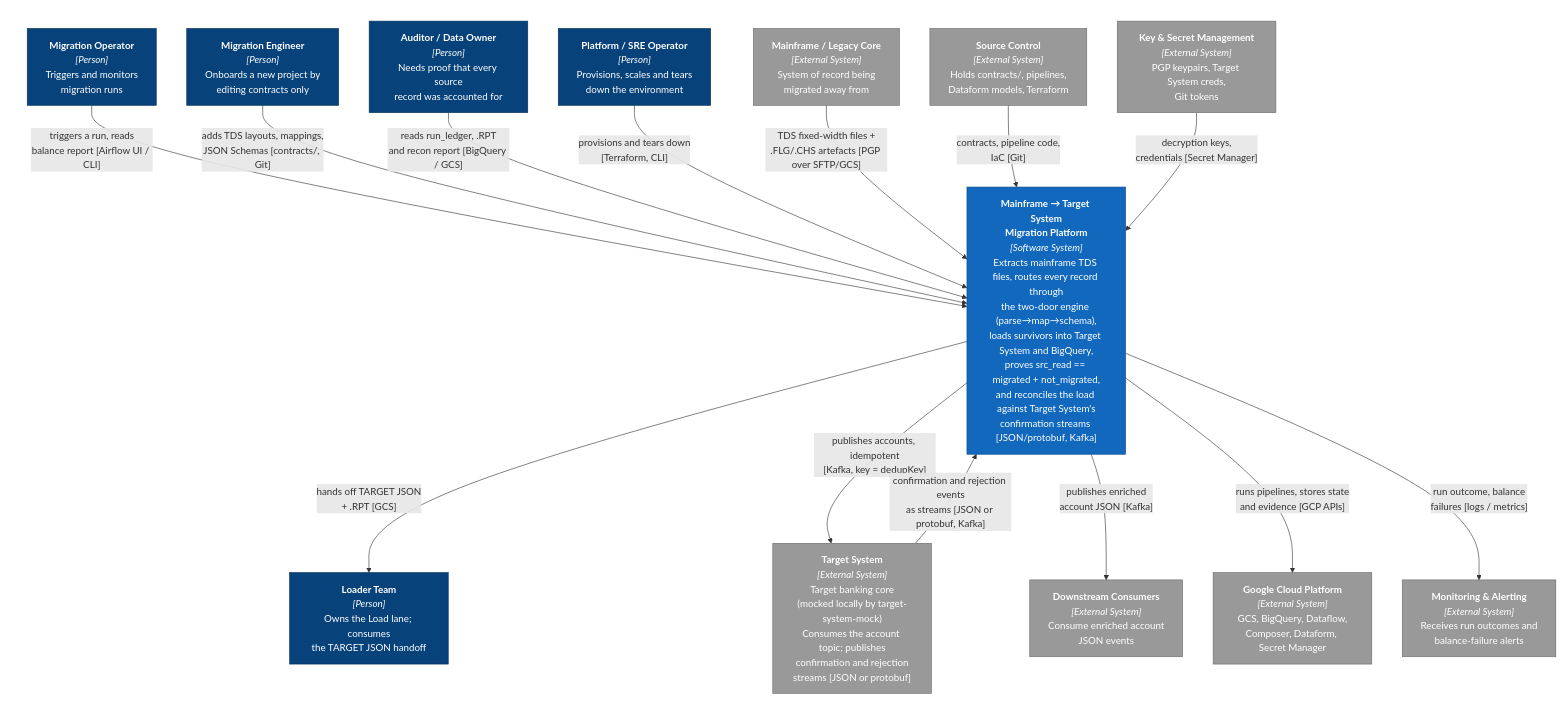
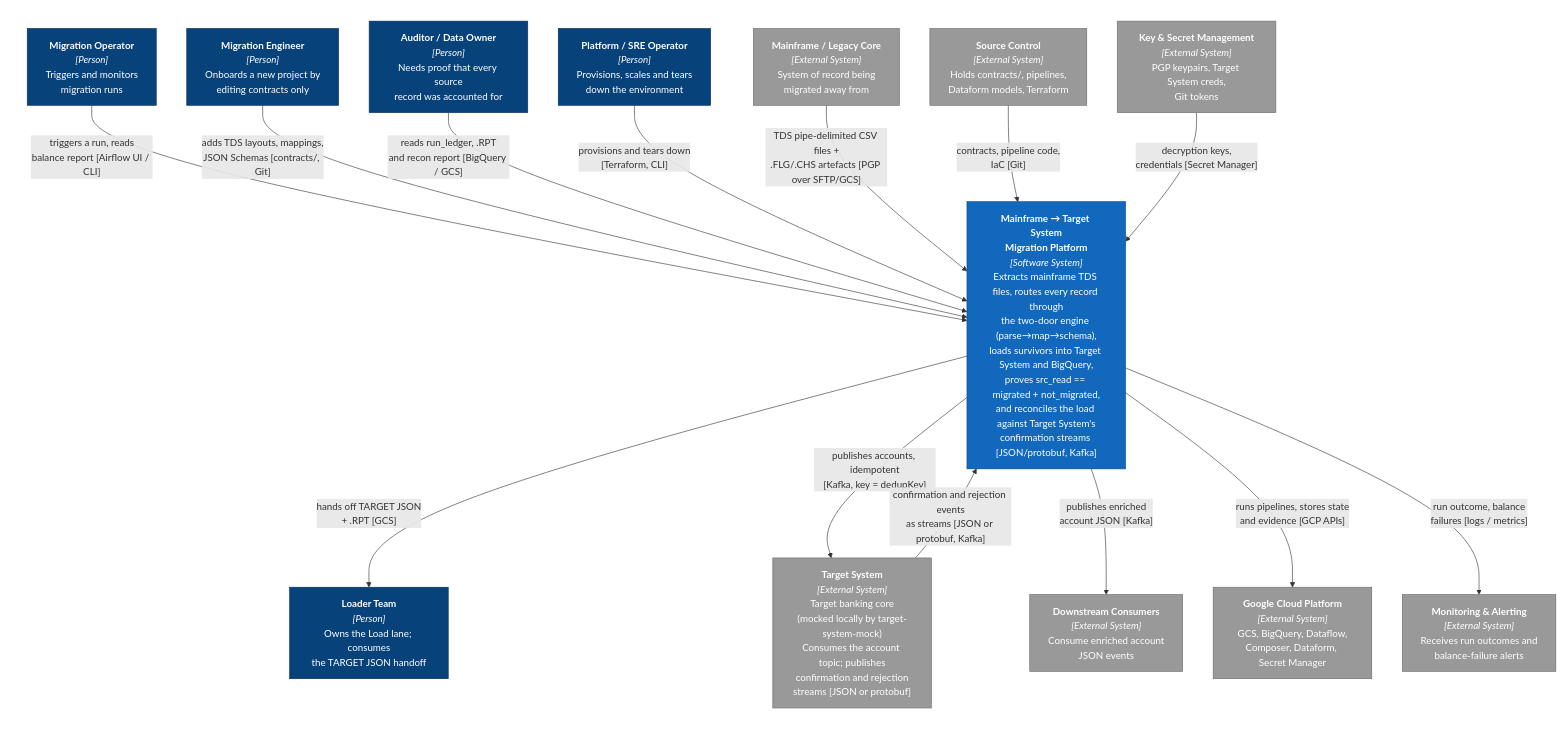
Before and after one commit to adrian-balaban/test-gcp-dataflow-dataform-cloud-composer: the third of 9 diagrams in README.md, drawn with Mermaid. The commit also changed other lines of this file and 45 other files, not shown here.

First line of the commit message:
feat: switch source input to pipe-delimited CSV, drop the copybook path

````diff
--- a/README.md
+++ b/README.md
@@ -58,43 +58,43 @@
 ```mermaid
 graph TB
     subgraph people[" "]
         MO["<b>Migration Operator</b><br/><i>[Person]</i><br/>Triggers and monitors<br/>migration runs"]
         AUD["<b>Auditor / Data Owner</b><br/><i>[Person]</i><br/>Needs proof that every source<br/>record was accounted for"]
         ENG["<b>Migration Engineer</b><br/><i>[Person]</i><br/>Onboards a new project by<br/>editing contracts only"]
         SRE["<b>Platform / SRE Operator</b><br/><i>[Person]</i><br/>Provisions, scales and tears<br/>down the environment"]
         LDT["<b>Loader Team</b><br/><i>[Person]</i><br/>Owns the Load lane; consumes<br/>the TARGET JSON handoff"]
     end
 
     SYS["<b>Mainframe → Target System<br/>Migration Platform</b><br/><i>[Software System]</i><br/>Extracts mainframe TDS files, routes every record through<br/>the two-door engine (parse→map→schema),<br/>loads survivors into Target System and BigQuery,<br/>proves src_read == migrated + not_migrated,<br/>and reconciles the load against Target System's<br/>confirmation streams [JSON/protobuf, Kafka]"]
 
     MF["<b>Mainframe / Legacy Core</b><br/><i>[External System]</i><br/>System of record being<br/>migrated away from"]
     VC["<b>Target System</b><br/><i>[External System]</i><br/>Target banking core<br/>(mocked locally by target-system-mock)<br/>Consumes the account topic; publishes<br/>confirmation and rejection<br/>streams [JSON or protobuf]"]
     DS["<b>Downstream Consumers</b><br/><i>[External System]</i><br/>Consume enriched account<br/>JSON events"]
     PLAT["<b>Google Cloud Platform</b><br/><i>[External System]</i><br/>GCS, BigQuery, Dataflow,<br/>Composer, Dataform, Secret Manager"]
     SCM["<b>Source Control</b><br/><i>[External System]</i><br/>Holds contracts/, pipelines,<br/>Dataform models, Terraform"]
     KMS["<b>Key &amp; Secret Management</b><br/><i>[External System]</i><br/>PGP keypairs, Target System creds,<br/>Git tokens"]
     MON["<b>Monitoring &amp; Alerting</b><br/><i>[External System]</i><br/>Receives run outcomes and<br/>balance-failure alerts"]
 
     MO -->|"triggers a run, reads<br/>balance report [Airflow UI / CLI]"| SYS
     ENG -->|"adds TDS layouts, mappings,<br/>JSON Schemas [contracts/, Git]"| SYS
     AUD -->|"reads run_ledger, .RPT<br/>and recon report [BigQuery / GCS]"| SYS
     SRE -->|"provisions and tears down<br/>[Terraform, CLI]"| SYS
     SYS -->|"hands off TARGET JSON<br/>+ .RPT [GCS]"| LDT
 
-    MF -->|"TDS fixed-width files +<br/>.FLG/.CHS artefacts [PGP over SFTP/GCS]"| SYS
+    MF -->|"TDS pipe-delimited CSV files +<br/>.FLG/.CHS artefacts [PGP over SFTP/GCS]"| SYS
     SYS -->|"publishes accounts, idempotent<br/>[Kafka, key = dedupKey]"| VC
     VC -->|"confirmation and rejection events<br/>as streams [JSON or protobuf, Kafka]"| SYS
     SYS -->|"publishes enriched<br/>account JSON [Kafka]"| DS
     SYS -->|"runs pipelines, stores state<br/>and evidence [GCP APIs]"| PLAT
     SCM -->|"contracts, pipeline code,<br/>IaC [Git]"| SYS
     KMS -->|"decryption keys,<br/>credentials [Secret Manager]"| SYS
     SYS -->|"run outcome, balance<br/>failures [logs / metrics]"| MON
 
     classDef person fill:#08427b,stroke:#052e56,color:#fff
     classDef system fill:#1168bd,stroke:#0b4884,color:#fff
     classDef ext fill:#999999,stroke:#6b6b6b,color:#fff
     class MO,AUD,ENG,SRE,LDT person
     class SYS system
     class MF,VC,DS,PLAT,SCM,KMS,MON ext
     style people fill:none,stroke:none
 ```
````
